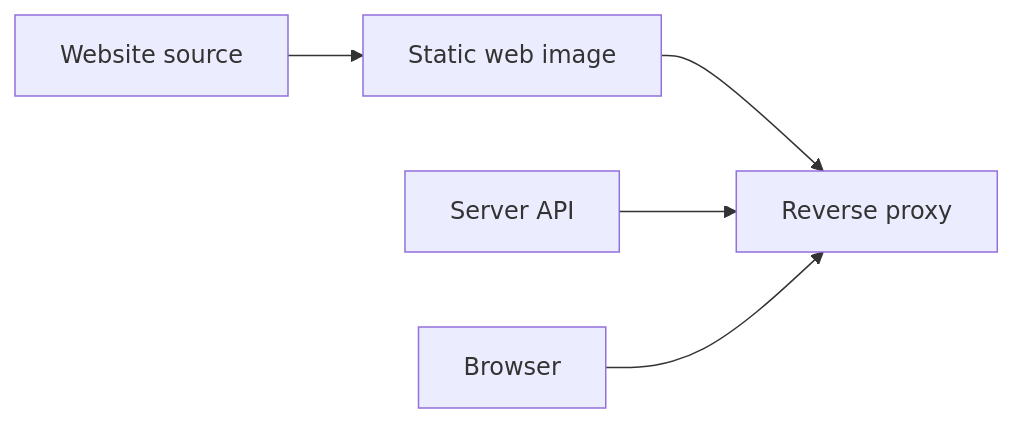
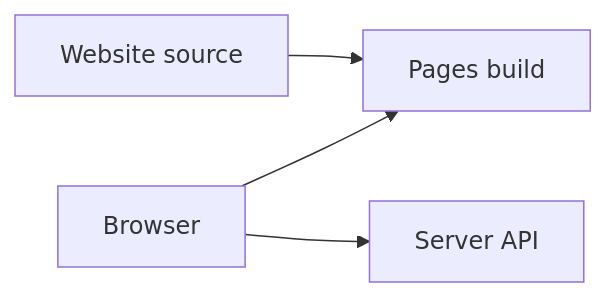
Before and after one commit to risense-ai/respire-docs: the diagram in docs/product/site.md, drawn with Mermaid. The commit also changed other lines of this file and 117 other files, not shown here.

````diff
--- a/docs/product/site.md
+++ b/docs/product/site.md
@@ -12,7 +12,6 @@
 ```mermaid
 flowchart LR
-  Site["Website source"] --> Web["Static web image"]
-  Web --> Proxy["Reverse proxy"]
-  API["Server API"] --> Proxy
-  Browser["Browser"] --> Proxy
+  Site["Website source"] --> Pages["Pages build"]
+  Browser["Browser"] --> Pages
+  Browser --> API["Server API"]
 ```
````
